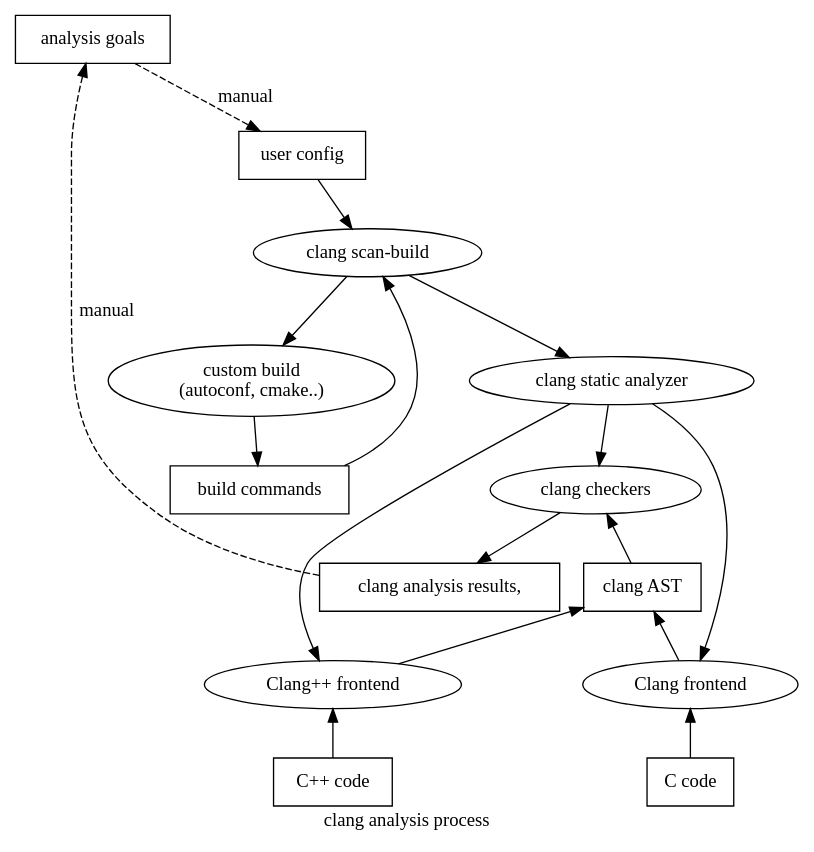
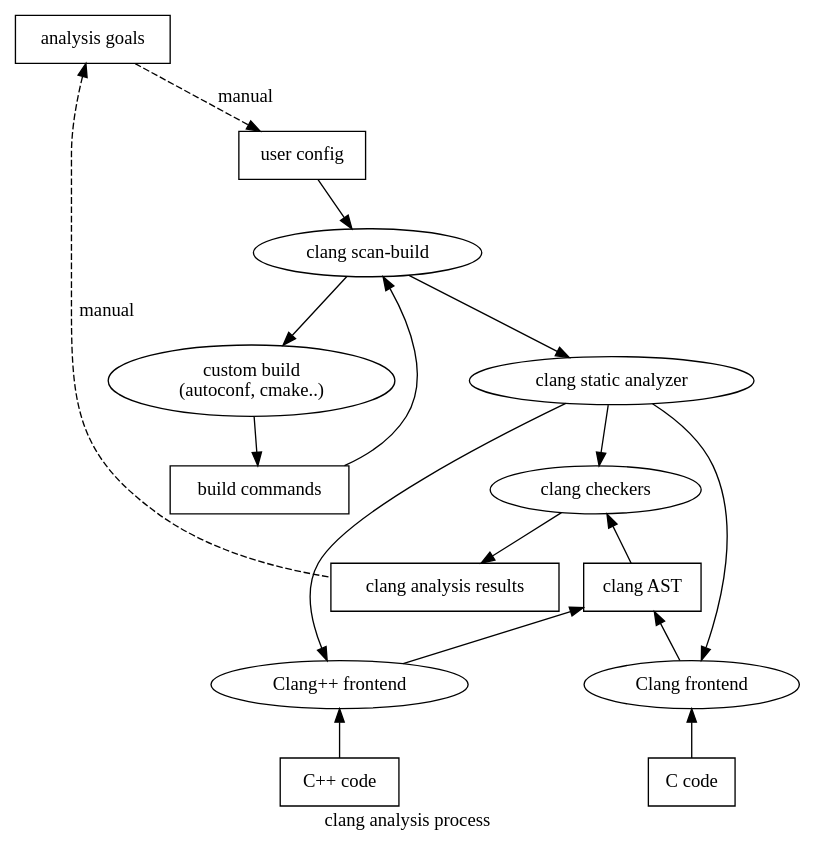
The seventh of 10 diagrams in doc/callers.org (hbalp/callers), drawn with Graphviz before and after one commit. The commit also changed other lines of this file, not shown here.

Commit message:
Added big pictures for: 1) frama-c security analysis processes 2) frama-c++ -> framaCIRGen -> frama-clang -> frama-c -> VA

```diff
--- a/doc/callers.org
+++ b/doc/callers.org
@@ -555,62 +559,62 @@
     #+BEGIN_SRC dot :tangle analysis.clang.gen.dot
 digraph "clang analysis process" 
 {
 // title
 labelloc="b"
 label="clang analysis process"
 
 "scan-build" [ label="clang scan-build" ]
 
 // user build
 "user build" [ label="custom build\n(autoconf, cmake..)" ]
 "build commands" [ label="build commands", shape=box ]
 "user build" -> "build commands"
 
 // scan build
 "scan-build" -> "user build"
 "scan-build" -> "build commands" [ dir=back ]
 
 // c compilation
 "c code" [ label="C code", shape="box" ]
 
 // c++ compilation
 "cpp code" [ label="C++ code", shape="box" ]
 
 // clang compilation of C code
 "clang AST" [ shape=box ]
 "clang frontend" [ label="Clang frontend" ]
 "clang frontend" -> "c code" [ dir=back ]
 //"clang frontend" -> "clang AST"
 "clang AST" -> "clang frontend" [ dir=back ]
 
 // clang++ compilation of C++ code
 "clang++ frontend" [ label="Clang++ frontend" ]
 "clang++ frontend" -> "cpp code" [ dir=back ]
 "clang AST" -> "clang++ frontend" [ dir=back ]
 
 // clang analysis
-"analysis results" [ label="clang analysis results, " shape="box" ]
+"analysis results" [ label="clang analysis results", shape="box" ]
 "scan-build" -> "clang static analyzer"
 "clang static analyzer" -> "clang checkers"
 "clang checkers" -> "analysis results"
 "clang checkers" -> "clang AST" [ dir=back ]
 
 // clang C code analysis
 "clang static analyzer" -> "clang frontend"
 
 // clang C++ code analysis
 "clang static analyzer" -> "clang++ frontend"
 
 // user analysis goals & config
 "user config" -> "scan-build"
 "analysis goals" [ label="analysis goals", shape=box ]
 "user config" [ label="user config", shape=box ]
 "analysis goals" -> "user config" [ style=dashed, label=manual ]
 "analysis goals" -> "analysis results" [ style=dashed, label="manual", dir=back ]
 }
 
 // Local Variables:
 // compile-command: "dot -Tpng analysis.clang.gen.dot > analysis.clang.gen.png"
 // End:
  
    #+END_SRC
```
